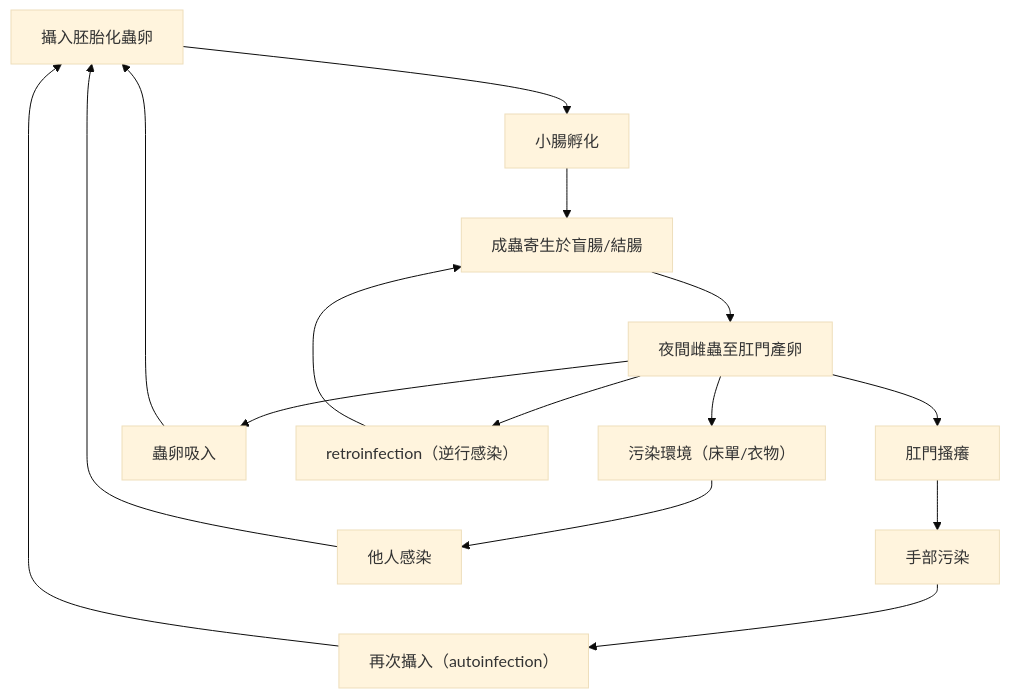
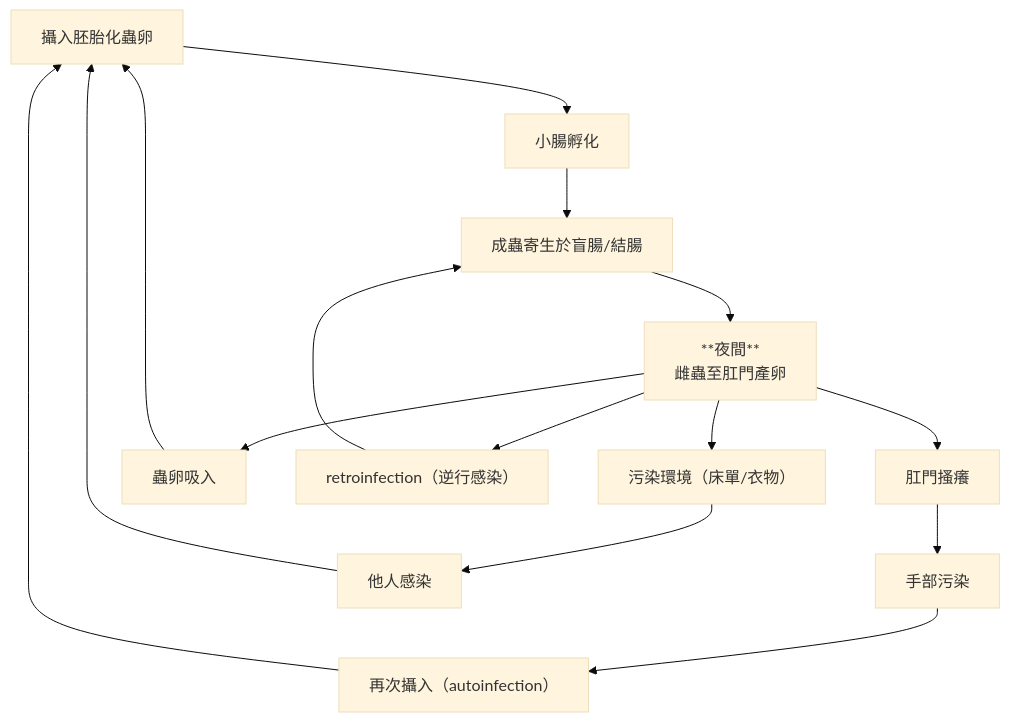
One commit to xenocgytjp/parasite-graph changed the first of 2 diagrams in 蟯蟲＋鞭蟲＋毛線蟲.md. Above: the diagram before and after it, drawn with Mermaid (base theme). The commit also changed other lines of this file, not shown here.

````diff
--- a/蟯蟲＋鞭蟲＋毛線蟲.md
+++ b/蟯蟲＋鞭蟲＋毛線蟲.md
@@ -38,20 +39,20 @@
 ```mermaid
 flowchart TD
     A[攝入胚胎化蟲卵] --> B[小腸孵化]
     B --> C[成蟲寄生於盲腸/結腸]
-    C --> D[夜間雌蟲至肛門產卵]
+    C --> D[**夜間**<br/>雌蟲至肛門產卵]
     D --> E[肛門搔癢]
     E --> F[手部污染]
     F --> G[再次攝入（autoinfection）]
     G --> A
 
     D --> H[污染環境（床單/衣物）]
     H --> I[他人感染]
     I --> A
 
     D --> J[蟲卵吸入]
     J --> A
 
     D --> K[retroinfection（逆行感染）]
     K --> C
 ```
````
